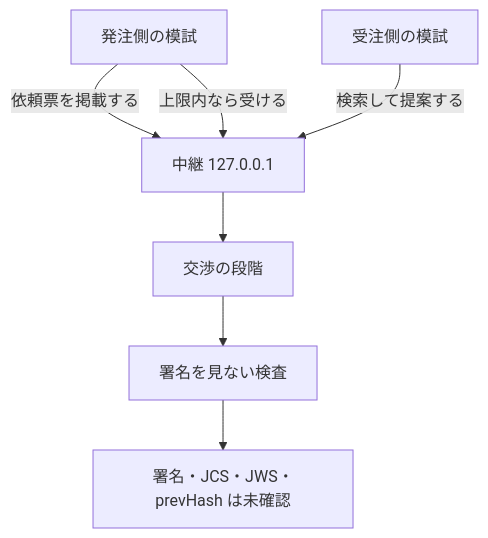
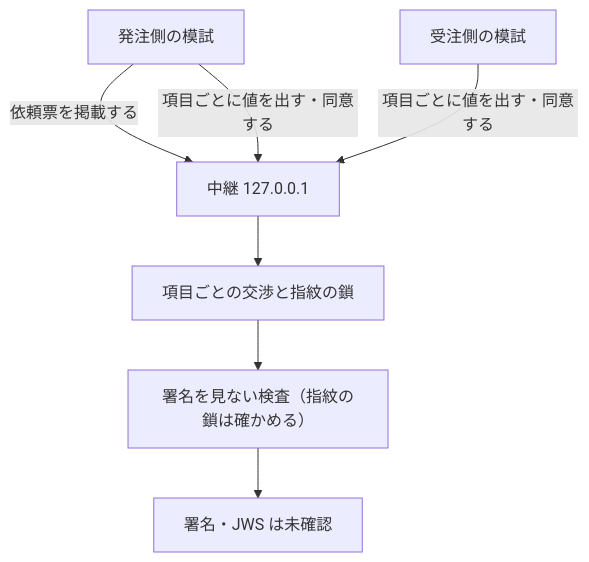
The first of 2 diagrams in docs/feature-map.md (ranma-s/a2aix), drawn with Mermaid before and after one commit. The commit also changed other lines of this file and 20 other files, not shown here.

````diff
--- a/docs/feature-map.md
+++ b/docs/feature-map.md
@@ -7,16 +7,16 @@
 ```mermaid
 flowchart TD
   poster["発注側の模試"]
   worker["受注側の模試"]
   node["中継 127.0.0.1"]
-  machine["交渉の段階"]
-  verify["署名を見ない検査"]
-  deferred["署名・JCS・JWS・prevHash は未確認"]
+  machine["項目ごとの交渉と指紋の鎖"]
+  verify["署名を見ない検査（指紋の鎖は確かめる）"]
+  deferred["署名・JWS は未確認"]
 
   poster -->|"依頼票を掲載する"| node
-  worker -->|"検索して提案する"| node
-  poster -->|"上限内なら受ける"| node
+  worker -->|"項目ごとに値を出す・同意する"| node
+  poster -->|"項目ごとに値を出す・同意する"| node
   node --> machine
   machine --> verify
   verify --> deferred
 ```
````
